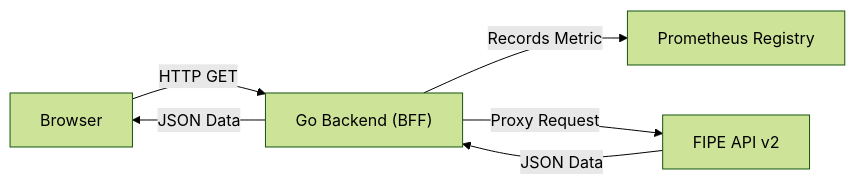
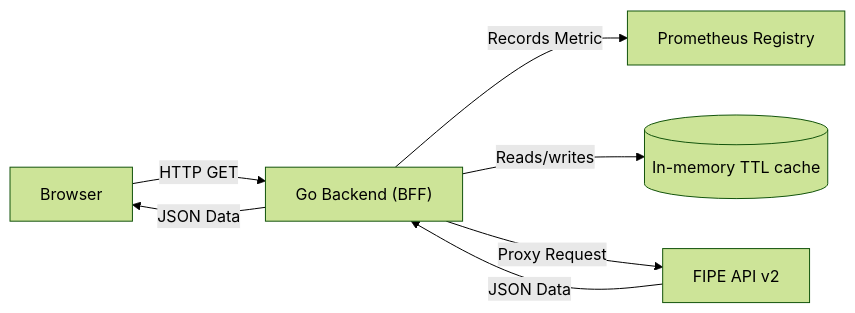
One commit to aeciopires/gofipe changed the second of 2 diagrams in README.md. Above: the diagram before and after it, drawn with Mermaid (forest theme). The commit also changed other lines of this file and 58 other files, not shown here.

````diff
--- a/README.md
+++ b/README.md
@@ -106,8 +208,9 @@
 ```mermaid
 graph LR
     User[Browser] -- "HTTP GET" --> Go["Go Backend (BFF)"]
     Go -- "Records Metric" --> Prom[Prometheus Registry]
+    Go -- "Reads/writes" --> Cache[(In-memory TTL cache)]
     Go -- "Proxy Request" --> FIPE["FIPE API v2"]
     FIPE -- "JSON Data" --> Go
     Go -- "JSON Data" --> User
 ```
````
